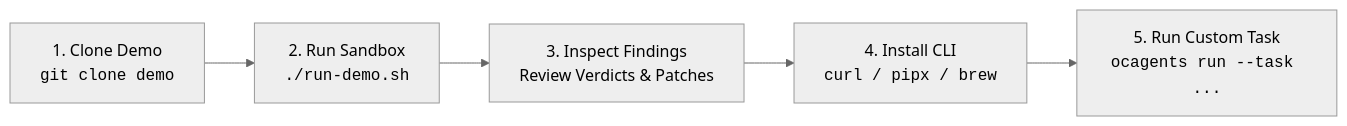
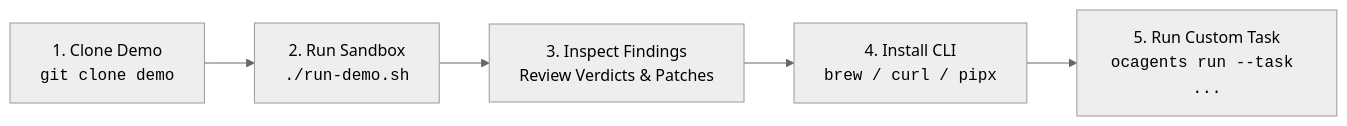
Before and after one commit to open-cloud-agents/ocagents: the diagram in README.md, drawn with Mermaid (neutral theme). The commit also changed other lines of this file and 12 other files, not shown here.

````diff
--- a/README.md
+++ b/README.md
@@ -50,7 +132,7 @@
 ```mermaid
 flowchart LR
     A["1. Clone Demo<br/><code>git clone demo</code>"] --> B["2. Run Sandbox<br/><code>./run-demo.sh</code>"]
     B --> C["3. Inspect Findings<br/>Review Verdicts & Patches"]
-    C --> D["4. Install CLI<br/><code>curl / pipx / brew</code>"]
+    C --> D["4. Install CLI<br/><code>brew / curl / pipx</code>"]
     D --> E["5. Run Custom Task<br/><code>ocagents run --task ...</code>"]
 ```
````
